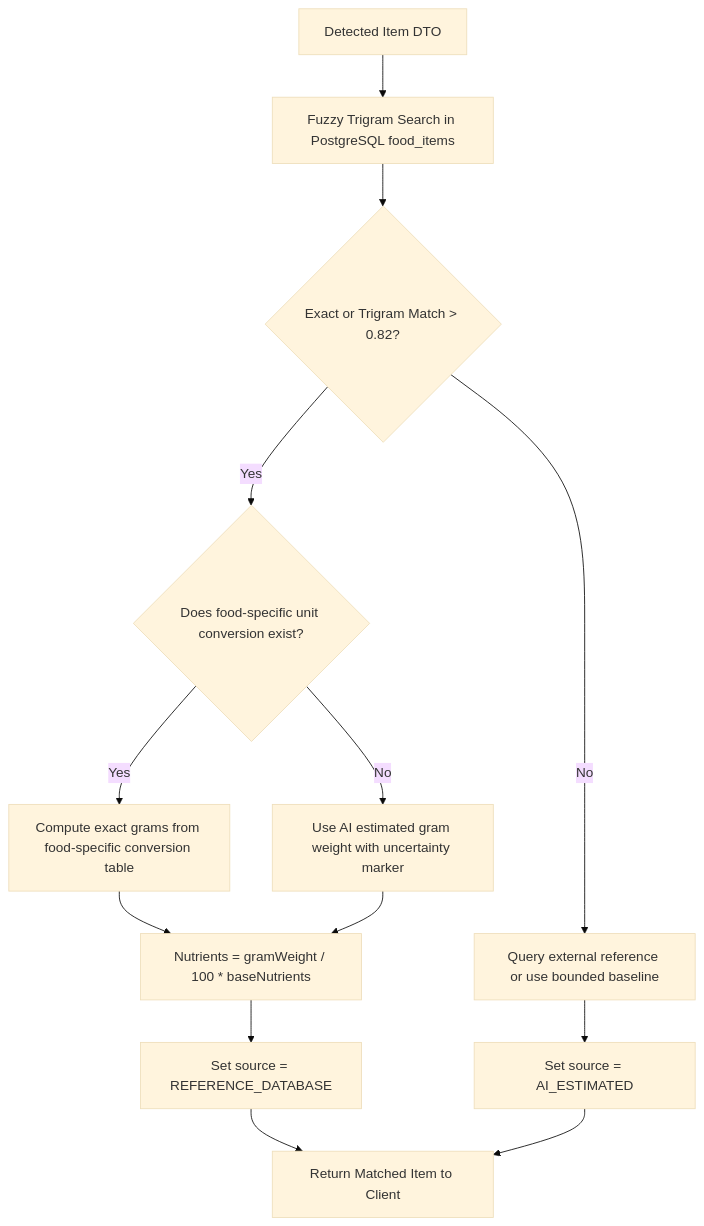
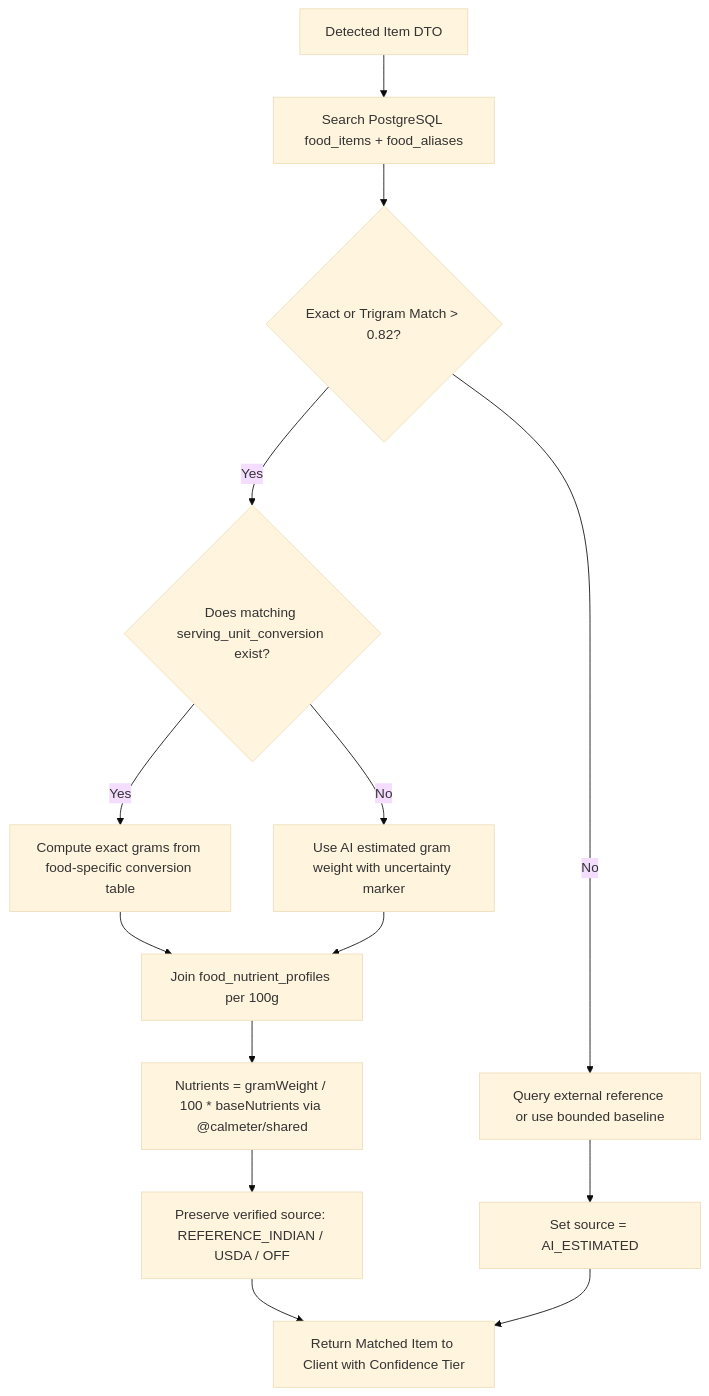
One commit to badal484/CAL-METER changed the second of 2 diagrams in docs/AI_PIPELINE.md. Above: the diagram before and after it, drawn with Mermaid (base theme). The commit also changed other lines of this file and 32 other files, not shown here.

Commit message:
feat(food-db): implement comprehensive food database foundation, search api, and import pipeline

````diff
--- a/docs/AI_PIPELINE.md
+++ b/docs/AI_PIPELINE.md
@@ -133,18 +133,19 @@
 ```mermaid
 flowchart TD
-    Item[Detected Item DTO] --> QueryDB[Fuzzy Trigram Search in PostgreSQL food_items]
+    Item[Detected Item DTO] --> QueryDB[Search PostgreSQL food_items + food_aliases]
     QueryDB --> MatchCheck{Exact or Trigram Match > 0.82?}
 
-    MatchCheck -- Yes --> UnitCheck{Does food-specific unit conversion exist?}
+    MatchCheck -- Yes --> UnitCheck{Does matching serving_unit_conversion exist?}
     UnitCheck -- Yes --> CalcStandard[Compute exact grams from food-specific conversion table]
     UnitCheck -- No --> CalcDensity[Use AI estimated gram weight with uncertainty marker]
-    CalcStandard --> FinalNutrients[Nutrients = gramWeight / 100 * baseNutrients]
-    CalcDensity --> FinalNutrients
-    FinalNutrients --> FlagVerified[Set source = REFERENCE_DATABASE]
+    CalcStandard --> FetchProfile[Join food_nutrient_profiles per 100g]
+    CalcDensity --> FetchProfile
+    FetchProfile --> FinalNutrients[Nutrients = gramWeight / 100 * baseNutrients via @calmeter/shared]
+    FinalNutrients --> FlagVerified[Preserve verified source: REFERENCE_INDIAN / USDA / OFF]
 
     MatchCheck -- No --> FallbackAI[Query external reference or use bounded baseline]
     FallbackAI --> FlagAI[Set source = AI_ESTIMATED]
 
-    FlagVerified --> Result[Return Matched Item to Client]
+    FlagVerified --> Result[Return Matched Item to Client with Confidence Tier]
     FlagAI --> Result
 ```
````
